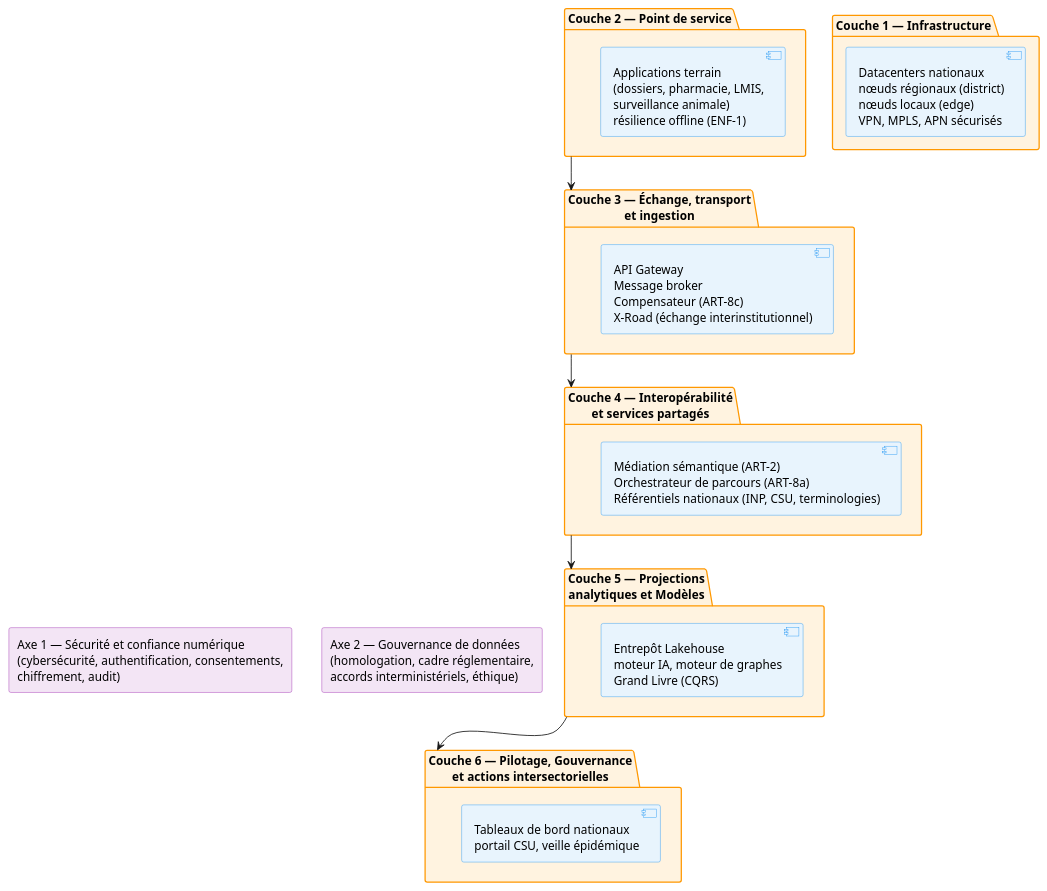
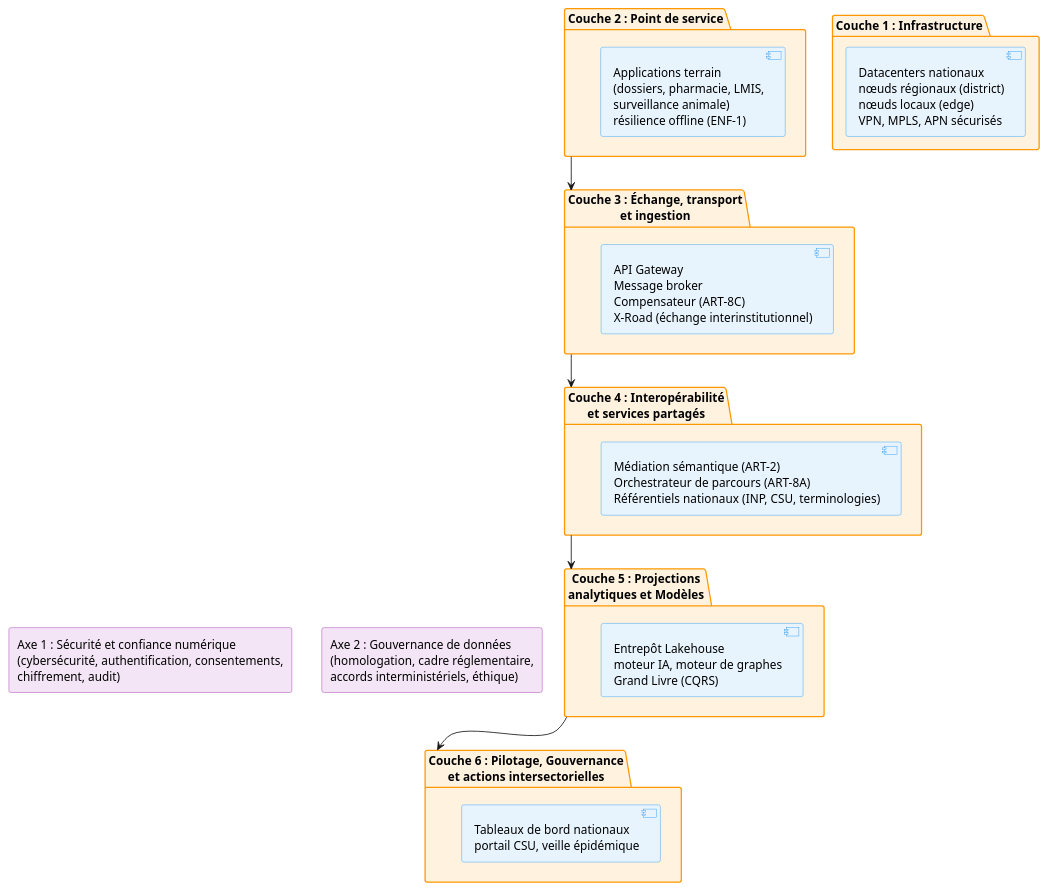
Before and after one commit to Data-Fi-Madagascar/health-enterprise-architecture: the diagram in mintlify-site/ptisn/topologie-nationale-cible/index.mdx, drawn with PlantUML. The commit also changed other lines of this file and 335 other files, not shown here.

````diff
--- a/mintlify-site/ptisn/topologie-nationale-cible/index.mdx
+++ b/mintlify-site/ptisn/topologie-nationale-cible/index.mdx
@@ -14,56 +14,56 @@
 ```plantuml
 @startuml
 skinparam component {
   BackgroundColor #E8F4FD
   BorderColor #2196F3
 }
 skinparam package {
   BackgroundColor #FFF3E0
   BorderColor #FF9800
 }
 skinparam rectangle {
   BackgroundColor #F3E5F5
   BorderColor #9C27B0
 }
 
 ' === Axes transversaux ===
-rectangle "Axe 1 — Sécurité et confiance numérique\n(cybersécurité, authentification, consentements,\nchiffrement, audit)" as AXE1
-rectangle "Axe 2 — Gouvernance de données\n(homologation, cadre réglementaire,\naccords interministériels, éthique)" as AXE2
+rectangle "Axe 1 : Sécurité et confiance numérique\n(cybersécurité, authentification, consentements,\nchiffrement, audit)" as AXE1
+rectangle "Axe 2 : Gouvernance de données\n(homologation, cadre réglementaire,\naccords interministériels, éthique)" as AXE2
 
 ' === Couches ===
-package "Couche 6 — Pilotage, Gouvernance\net actions intersectorielles" as C6 {
+package "Couche 6 : Pilotage, Gouvernance\net actions intersectorielles" as C6 {
   component "Tableaux de bord nationaux\nportail CSU, veille épidémique" as C6_DESC
 }
 
-package "Couche 5 — Projections\nanalytiques et Modèles" as C5 {
+package "Couche 5 : Projections\nanalytiques et Modèles" as C5 {
   component "Entrepôt Lakehouse\nmoteur IA, moteur de graphes\nGrand Livre (CQRS)" as C5_DESC
 }
 
-package "Couche 4 — Interopérabilité\net services partagés" as C4 {
-  component "Médiation sémantique (ART-2)\nOrchestrateur de parcours (ART-8a)\nRéférentiels nationaux (INP, CSU, terminologies)" as C4_DESC
+package "Couche 4 : Interopérabilité\net services partagés" as C4 {
+  component "Médiation sémantique (ART-2)\nOrchestrateur de parcours (ART-8A)\nRéférentiels nationaux (INP, CSU, terminologies)" as C4_DESC
 }
 
-package "Couche 3 — Échange, transport\net ingestion" as C3 {
-  component "API Gateway\nMessage broker\nCompensateur (ART-8c)\nX-Road (échange interinstitutionnel)" as C3_DESC
+package "Couche 3 : Échange, transport\net ingestion" as C3 {
+  component "API Gateway\nMessage broker\nCompensateur (ART-8C)\nX-Road (échange interinstitutionnel)" as C3_DESC
 }
 
-package "Couche 2 — Point de service" as C2 {
+package "Couche 2 : Point de service" as C2 {
   component "Applications terrain\n(dossiers, pharmacie, LMIS,\nsurveillance animale)\nrésilience offline (ENF-1)" as C2_DESC
 }
 
-package "Couche 1 — Infrastructure" as C1 {
+package "Couche 1 : Infrastructure" as C1 {
   component "Datacenters nationaux\nnœuds régionaux (district)\nnœuds locaux (edge)\nVPN, MPLS, APN sécurisés" as C1_DESC
 }
 
 ' === Relations ===
 C2 --> C3
 C3 --> C4
 C4 --> C5
 C5 --> C6
 
 ' === Axes traversent les couches ===
 AXE1 -[hidden]down-> C6
 AXE2 -[hidden]down-> C6
 
 @enduml
 ```
````
